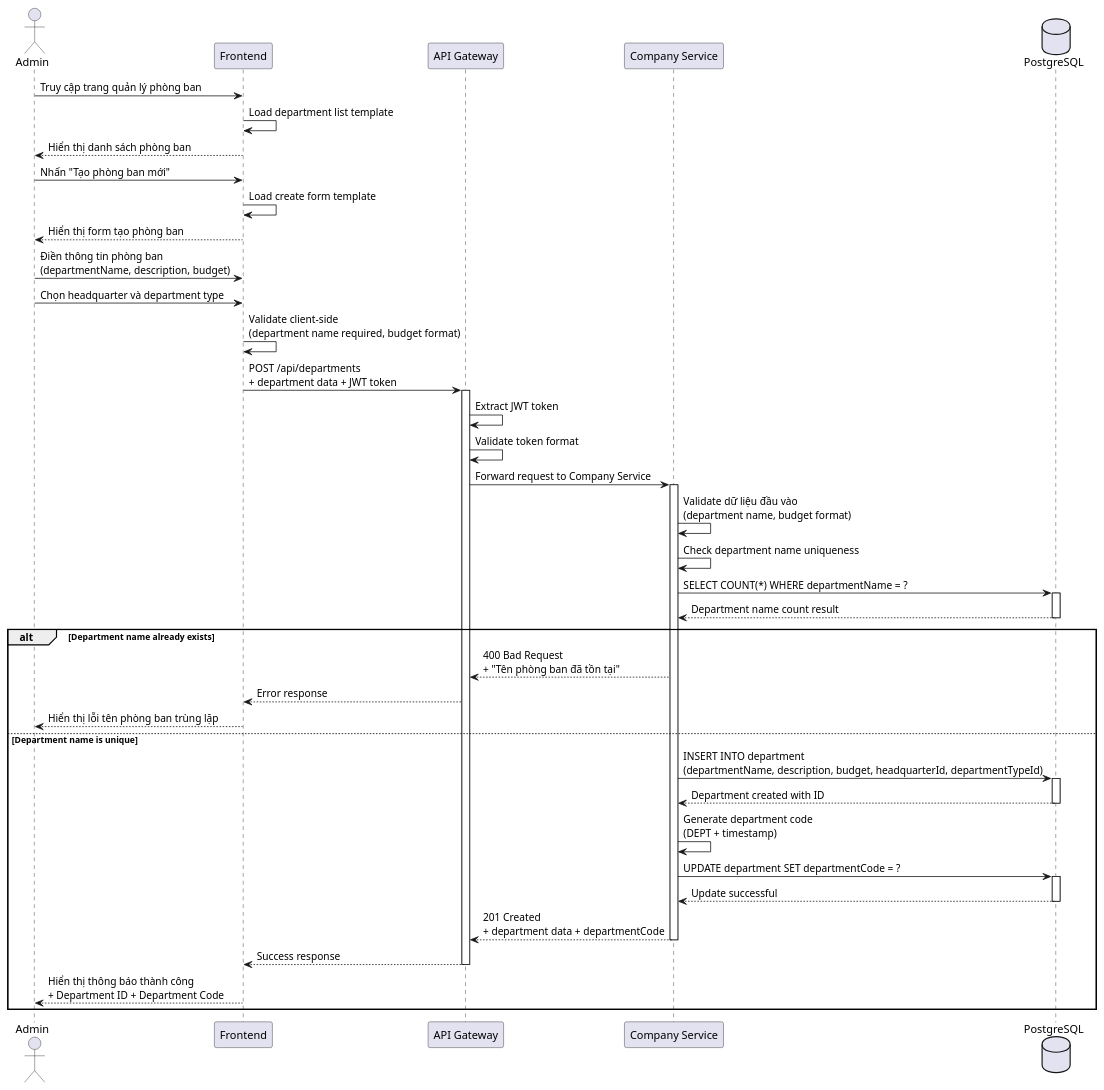
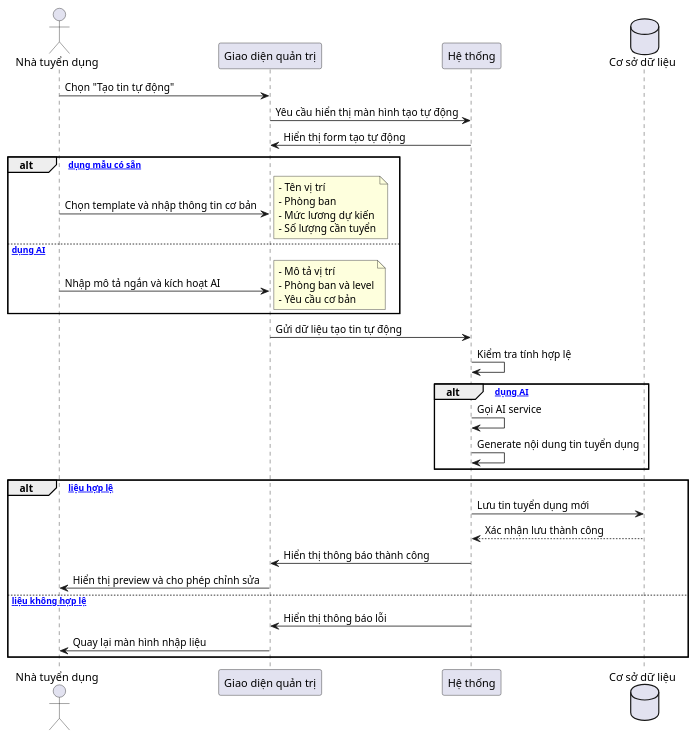
One commit to felix-253/TechLeet-server changed the diagram in sequence/UC-03/UC-03-simple-sequence.wsd. Above: the diagram before and after it, drawn with PlantUML. The commit also changed 30 other files, not shown here.

```diff
--- a/sequence/UC-03/UC-03-simple-sequence.wsd
+++ b/sequence/UC-03/UC-03-simple-sequence.wsd
@@ -1,60 +1,47 @@
-@startuml UC-03: Quản lý phòng ban
+@startuml UC-03: Tạo tin tuyển dụng tự động
 
-actor "Admin" as Admin
-participant "Frontend" as FE
-participant "API Gateway" as GW
-participant "Company Service" as CS
-database "PostgreSQL" as DB
+actor "Nhà tuyển dụng" as HM
+participant "Giao diện quản trị" as FE
+participant "Hệ thống" as System
+database "Cơ sở dữ liệu" as DB
 
-Admin -> FE: Truy cập trang quản lý phòng ban
-FE -> FE: Load department list template
-FE --> Admin: Hiển thị danh sách phòng ban
+HM -> FE: Chọn "Tạo tin tự động"
+FE -> System: Yêu cầu hiển thị màn hình tạo tự động
+System -> FE: Hiển thị form tạo tự động
 
-Admin -> FE: Nhấn "Tạo phòng ban mới"
-FE -> FE: Load create form template
-FE --> Admin: Hiển thị form tạo phòng ban
+alt [Sử dụng mẫu có sẵn]
+    HM -> FE: Chọn template và nhập thông tin cơ bản
+    note right
+      - Tên vị trí
+      - Phòng ban
+      - Mức lương dự kiến
+      - Số lượng cần tuyển
+    end note
+else [Sử dụng AI]
+    HM -> FE: Nhập mô tả ngắn và kích hoạt AI
+    note right
+      - Mô tả vị trí
+      - Phòng ban và level
+      - Yêu cầu cơ bản
+    end note
+end
 
-Admin -> FE: Điền thông tin phòng ban\n(departmentName, description, budget)
-Admin -> FE: Chọn headquarter và department type
-FE -> FE: Validate client-side\n(department name required, budget format)
-FE -> GW: POST /api/departments\n+ department data + JWT token
-activate GW
+FE -> System: Gửi dữ liệu tạo tin tự động
+System -> System: Kiểm tra tính hợp lệ
 
-GW -> GW: Extract JWT token
-GW -> GW: Validate token format
-GW -> CS: Forward request to Company Service
-activate CS
+alt [Sử dụng AI]
+    System -> System: Gọi AI service
+    System -> System: Generate nội dung tin tuyển dụng
+end
 
-CS -> CS: Validate dữ liệu đầu vào\n(department name, budget format)
-CS -> CS: Check department name uniqueness
-CS -> DB: SELECT COUNT(*) WHERE departmentName = ?
-activate DB
-DB --> CS: Department name count result
-deactivate DB
-
-alt Department name already exists
-    CS --> GW: 400 Bad Request\n+ "Tên phòng ban đã tồn tại"
-    GW --> FE: Error response
-    FE --> Admin: Hiển thị lỗi tên phòng ban trùng lặp
-else Department name is unique
-    CS -> DB: INSERT INTO department\n(departmentName, description, budget, headquarterId, departmentTypeId)
-    activate DB
-    DB --> CS: Department created with ID
-    deactivate DB
-    
-    CS -> CS: Generate department code\n(DEPT + timestamp)
-    CS -> DB: UPDATE department SET departmentCode = ?
-    activate DB
-    DB --> CS: Update successful
-    deactivate DB
-    
-    CS --> GW: 201 Created\n+ department data + departmentCode
-    deactivate CS
-    
-    GW --> FE: Success response
-    deactivate GW
-    
-    FE --> Admin: Hiển thị thông báo thành công\n+ Department ID + Department Code
+alt [Dữ liệu hợp lệ]
+    System -> DB: Lưu tin tuyển dụng mới
+    DB --> System: Xác nhận lưu thành công
+    System -> FE: Hiển thị thông báo thành công
+    FE -> HM: Hiển thị preview và cho phép chỉnh sửa
+else [Dữ liệu không hợp lệ]
+    System -> FE: Hiển thị thông báo lỗi
+    FE -> HM: Quay lại màn hình nhập liệu
 end
 
 @enduml
```
